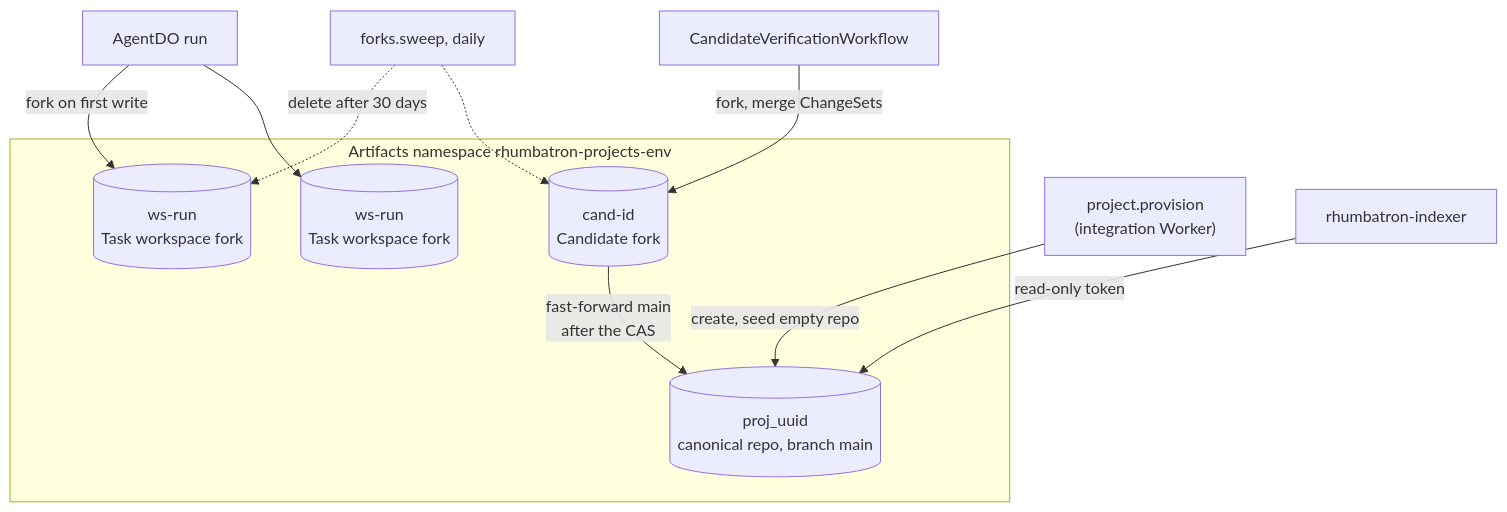
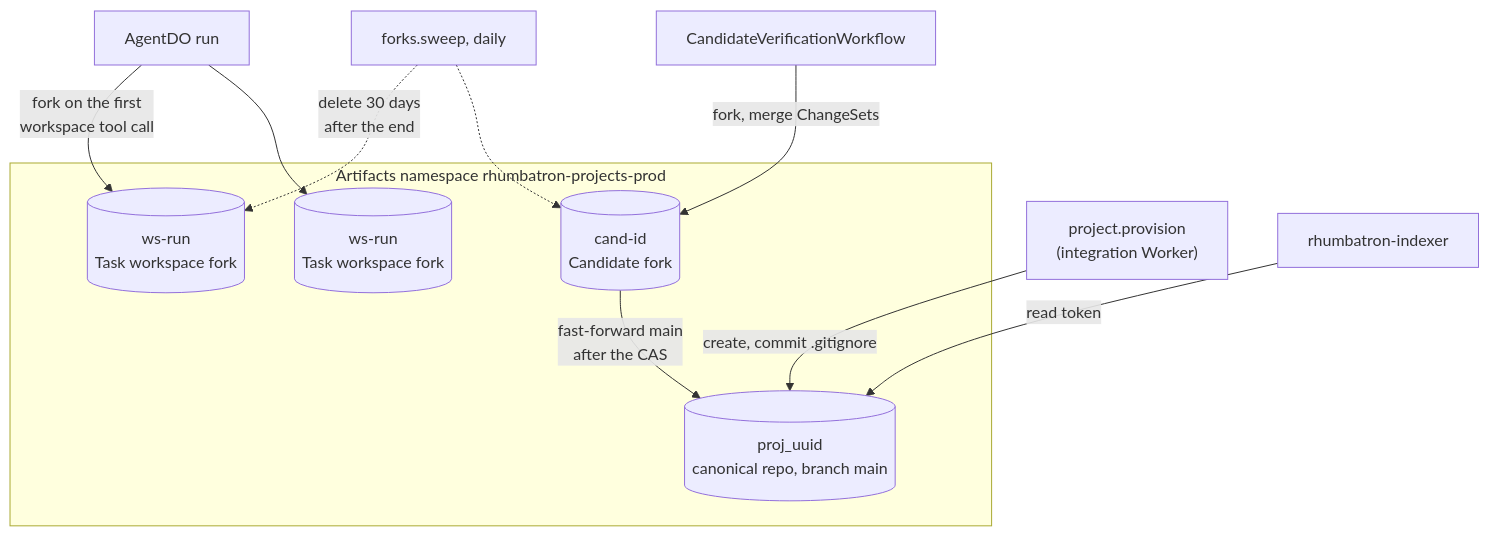
The first of 8 diagrams in docs/architecture/source-and-verification.md (nsudhanva/rhumbatron), drawn with Mermaid before and after one commit. The commit also changed other lines of this file and 47 other files, not shown here.

````diff
--- a/docs/architecture/source-and-verification.md
+++ b/docs/architecture/source-and-verification.md
@@ -20,17 +21,17 @@
 ```mermaid
 flowchart TB
-  subgraph NS["Artifacts namespace rhumbatron-projects-env"]
+  subgraph NS["Artifacts namespace rhumbatron-projects-prod"]
     CAN[("proj_uuid<br/>canonical repo, branch main")]
     WS1[("ws-run<br/>Task workspace fork")]
     WS2[("ws-run<br/>Task workspace fork")]
     CA[("cand-id<br/>Candidate fork")]
   end
-  PROV["project.provision<br/>(integration Worker)"] -->|"create, seed empty repo"| CAN
-  AG["AgentDO run"] -->|"fork on first write"| WS1
+  PROV["project.provision<br/>(integration Worker)"] -->|"create, commit .gitignore"| CAN
+  AG["AgentDO run"] -->|"fork on the first<br/>workspace tool call"| WS1
   AG --> WS2
   VW["CandidateVerificationWorkflow"] -->|"fork, merge ChangeSets"| CA
   CA -->|"fast-forward main<br/>after the CAS"| CAN
-  SWEEP["forks.sweep, daily"] -.->|"delete after 30 days"| WS1
+  SWEEP["forks.sweep, daily"] -.->|"delete 30 days<br/>after the end"| WS1
   SWEEP -.-> CA
-  IDX["rhumbatron-indexer"] -->|"read-only token"| CAN
+  IDX["rhumbatron-indexer"] -->|"read token"| CAN
 ```
````
